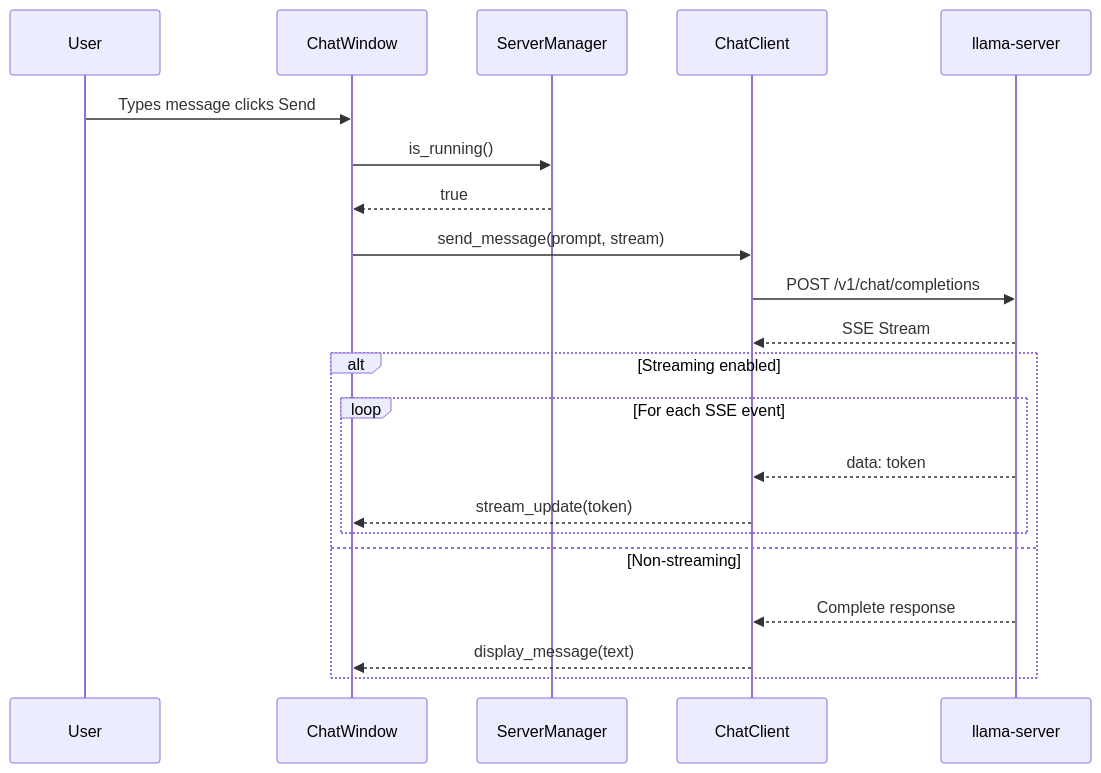
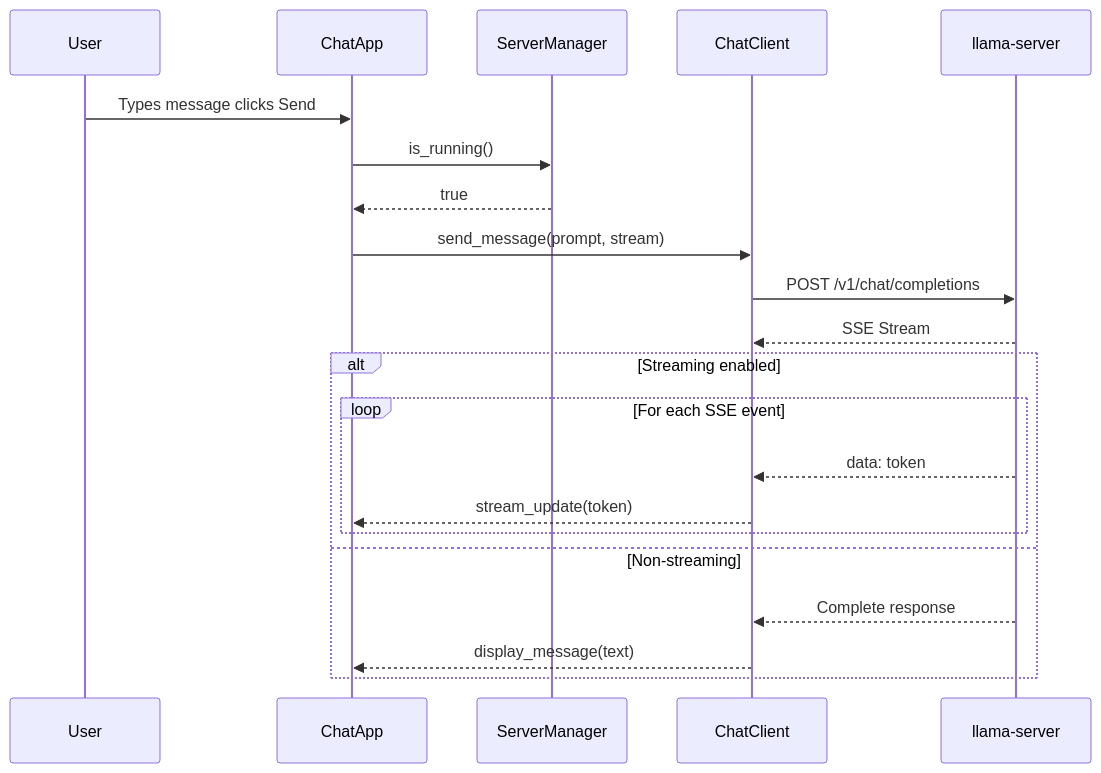
One commit to KillerInk/WuffAgent changed the second of 2 diagrams in plans/architecture.md. Above: the diagram before and after it, drawn with Mermaid. The commit also changed other lines of this file and 12 other files, not shown here.

````diff
--- a/plans/architecture.md
+++ b/plans/architecture.md
@@ -364,25 +424,25 @@
 ```mermaid
 sequenceDiagram
     participant U as User
-    participant CW as ChatWindow
+    participant CA as ChatApp
     participant SM as ServerManager
     participant CC as ChatClient
     participant LS as llama-server
     
-    U->>CW: Types message clicks Send
-    CW->>SM: is_running()
-    SM-->>CW: true
-    CW->>CC: send_message(prompt, stream)
+    U->>CA: Types message clicks Send
+    CA->>SM: is_running()
+    SM-->>CA: true
+    CA->>CC: send_message(prompt, stream)
     CC->>LS: POST /v1/chat/completions
     LS-->>CC: SSE Stream
     
     alt Streaming enabled
         loop For each SSE event
             LS-->>CC: data: token
-            CC-->>CW: stream_update(token)
+            CC-->>CA: stream_update(token)
         end
     else Non-streaming
         LS-->>CC: Complete response
-        CC-->>CW: display_message(text)
+        CC-->>CA: display_message(text)
     end
 ```
````
